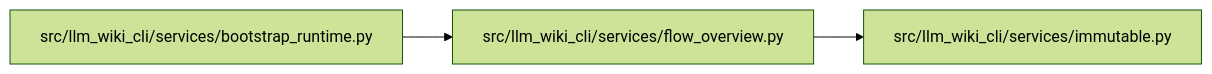
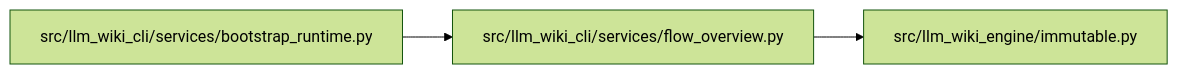
The diagram in docs/llm_wiki/modules/flow_overview.md (Denissvgn/python-wiki-llm), drawn with Mermaid (forest theme) before and after one commit. The commit also changed other lines of this file and 1103 other files, not shown here.

First line of the commit message:
docs: refresh the wiki for the llm-wiki-engine distribution

````diff
--- a/docs/llm_wiki/modules/flow_overview.md
+++ b/docs/llm_wiki/modules/flow_overview.md
@@ -36,11 +36,11 @@
 ```mermaid
 flowchart LR
     n0["src/llm_wiki_cli/services/bootstrap_runtime.py"]
     n1["src/llm_wiki_cli/services/flow_overview.py"]
-    n2["src/llm_wiki_cli/services/immutable.py"]
+    n2["src/llm_wiki_engine/immutable.py"]
     n0 --> n1
     n1 --> n2
     click n0 "../modules/bootstrap_runtime.md"
     click n1 "../modules/flow_overview.md"
     click n2 "../modules/immutable.md"
 ```
````
